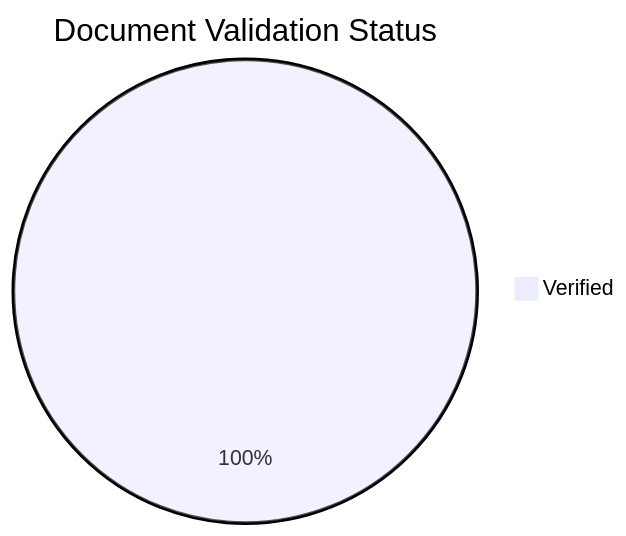
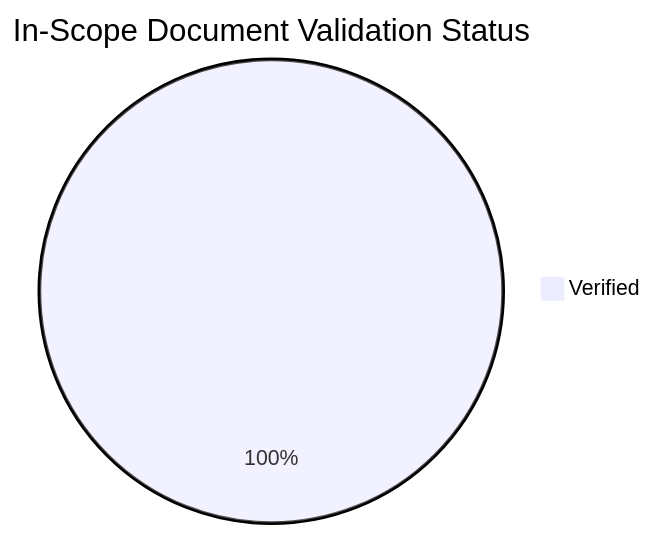
One commit to yeongseon/azure-functions-practical-guide changed the diagram in docs/reference/content-validation-status.md. Above: the diagram before and after it, drawn with Mermaid. The commit also changed other lines of this file and 3 other files, not shown here.

````diff
--- a/docs/reference/content-validation-status.md
+++ b/docs/reference/content-validation-status.md
@@ -23,4 +24,4 @@
 ```mermaid
-pie title Document Validation Status
-    "Verified" : 68
+pie title In-Scope Document Validation Status
+    "Verified" : 57
 ```
````
